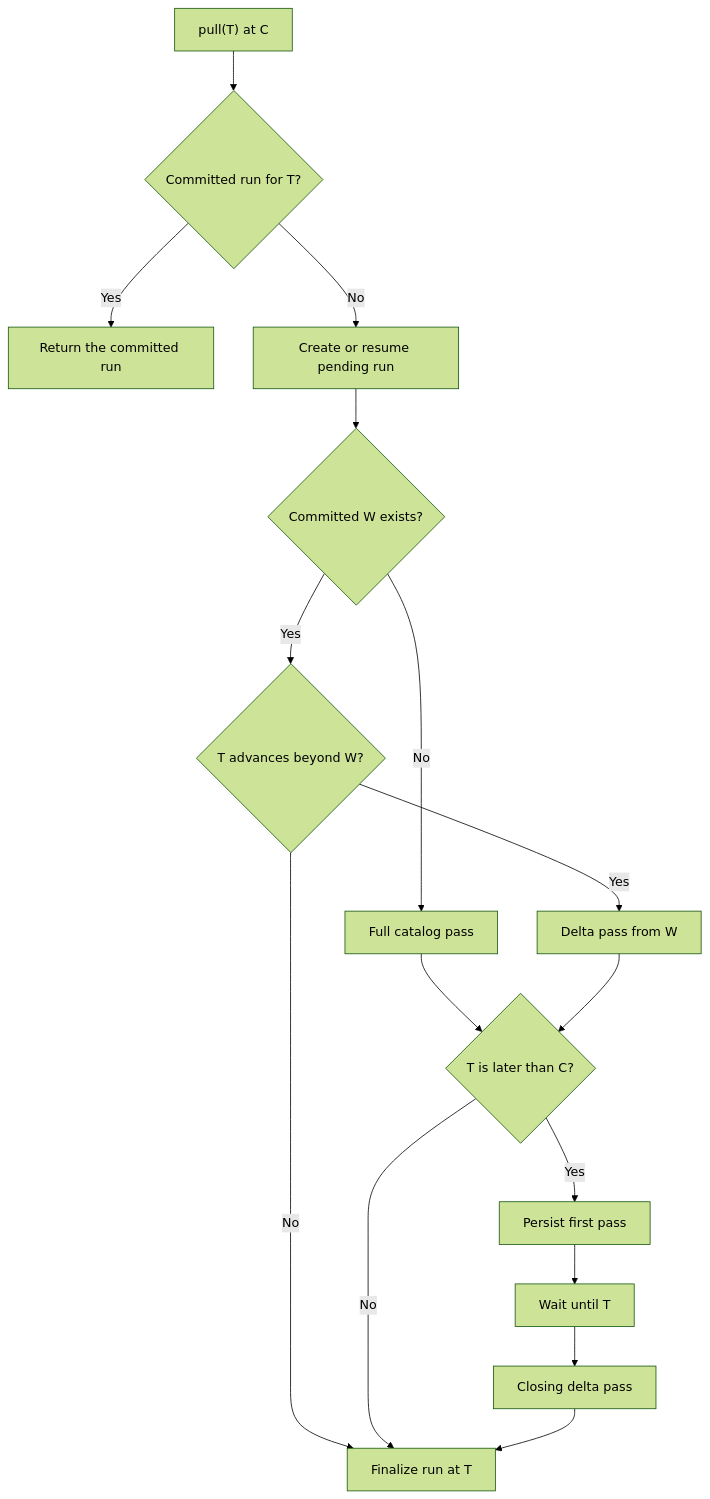
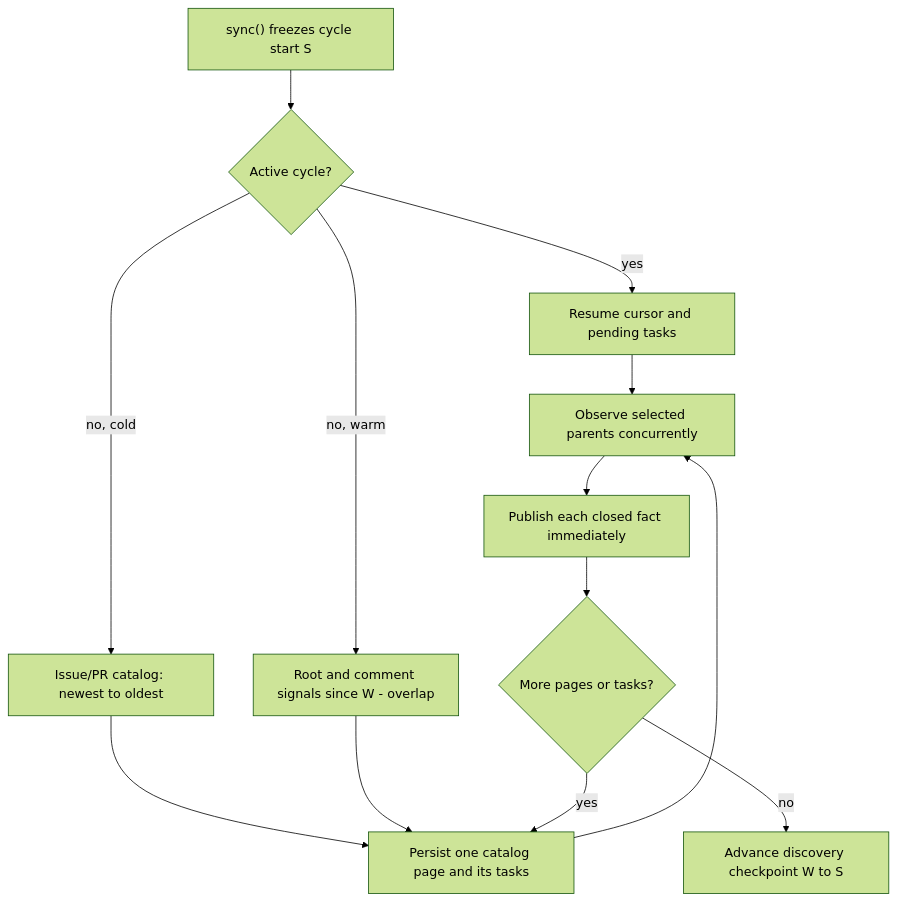
One commit to Delva0/gh-puller changed the diagram in docs/github-puller.md. Above: the diagram before and after it, drawn with Mermaid (forest theme). The commit also changed other lines of this file and 5 other files, not shown here.

````diff
--- a/docs/github-puller.md
+++ b/docs/github-puller.md
@@ -334,18 +149,15 @@
 ```mermaid
 flowchart TD
-    Call["pull(T) at C"] --> Existing{"Committed run for T?"}
-    Existing -- "Yes" --> Return["Return the committed run"]
-    Existing -- "No" --> Pending["Create or resume pending run"]
-    Pending --> Watermark{"Committed W exists?"}
-    Watermark -- "No" --> Full["Full catalog pass"]
-    Watermark -- "Yes" --> Advance{"T advances beyond W?"}
-    Advance -- "No" --> Publish["Finalize run at T"]
-    Advance -- "Yes" --> Delta["Delta pass from W"]
-    Full --> Future{"T is later than C?"}
-    Delta --> Future
-    Future -- "No" --> Publish["Finalize run at T"]
-    Future -- "Yes" --> Persist["Persist first pass"]
-    Persist --> Wait["Wait until T"]
-    Wait --> Closing["Closing delta pass"]
-    Closing --> Publish
+    Call["sync() freezes cycle start S"] --> Resume{"Active cycle?"}
+    Resume -- "yes" --> Durable["Resume cursor and pending tasks"]
+    Resume -- "no, cold" --> Cold["Issue/PR catalog: newest to oldest"]
+    Resume -- "no, warm" --> Signals["Root and comment signals since W - overlap"]
+    Cold --> Page["Persist one catalog page and its tasks"]
+    Signals --> Page
+    Page --> Consume["Observe selected parents concurrently"]
+    Consume --> Publish["Publish each closed fact immediately"]
+    Publish --> More{"More pages or tasks?"}
+    More -- "yes" --> Page
+    More -- "no" --> Checkpoint["Advance discovery checkpoint W to S"]
+    Durable --> Consume
 ```
````
